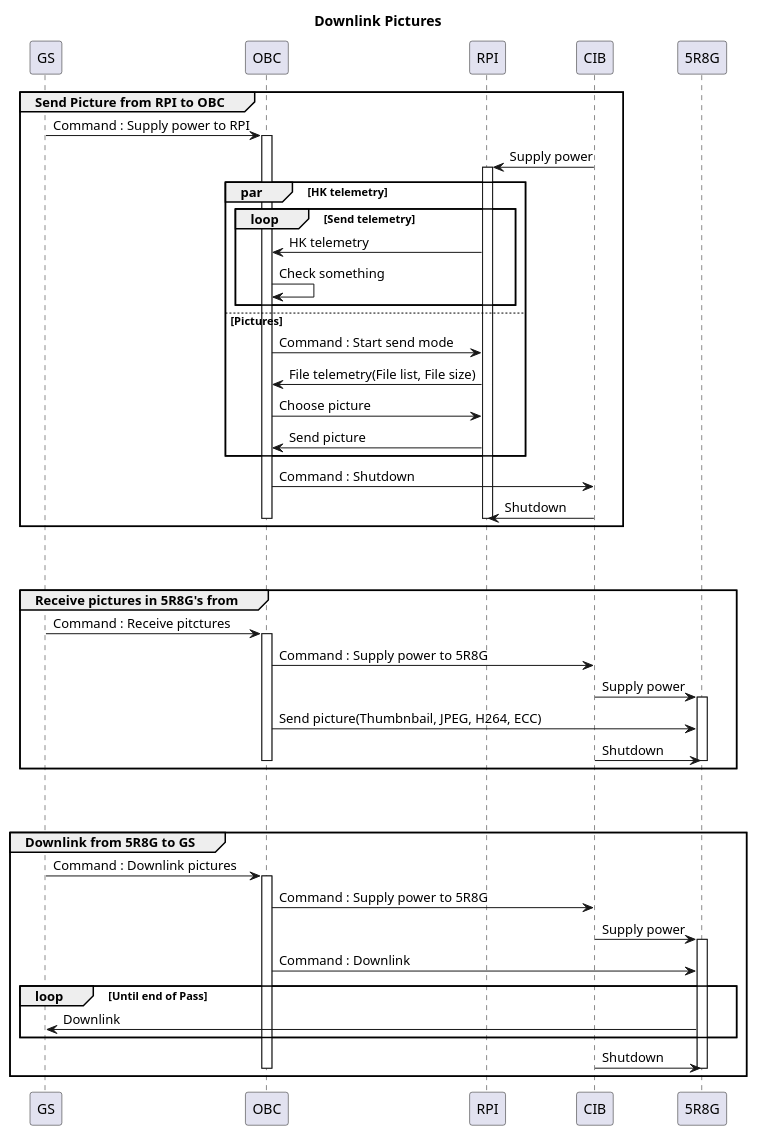
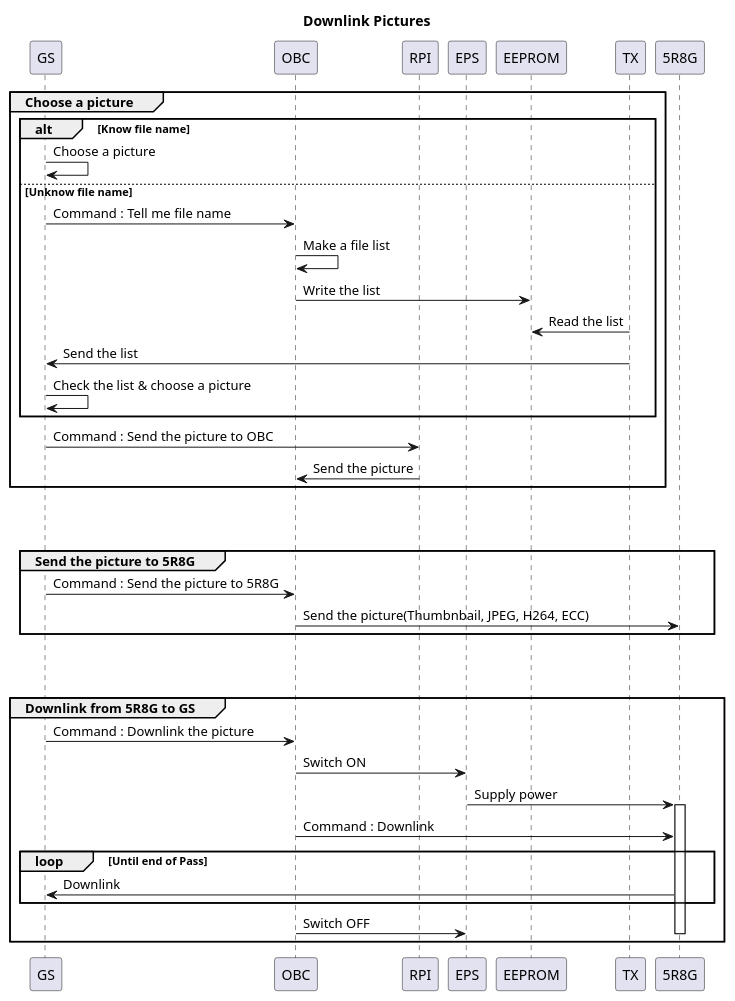
Before and after one commit to OrigamiSat1Project/Operation_UML: the diagram in sequence_map/downlink/downlink.pu, drawn with PlantUML. The commit also changed 2 other files, not shown here.

Commit message:
Bugfix : Choose a picture

```diff
--- a/sequence_map/downlink/downlink.pu
+++ b/sequence_map/downlink/downlink.pu
@@ -1,57 +1,42 @@
 @startuml
 title Downlink Pictures
 participant GS
 participant OBC
 participant RPI
-participant CIB
+participant EPS
+participant EEPROM
 
-group Send Picture from RPI to OBC
-    GS -> OBC : Command : Supply power to RPI
-    activate OBC
-    CIB -> RPI : Supply power
-    activate RPI
-    par HK telemetry
-        loop Send telemetry
-            RPI -> OBC : HK telemetry
-            ' FIXME
-            OBC -> OBC : Check something
-        end
-    else Pictures
-        OBC -> RPI : Command : Start send mode
-        RPI -> OBC : File telemetry(File list, File size)
-        OBC -> RPI : Choose picture
-        RPI -> OBC : Send picture
+group Choose a picture
+    alt Know file name
+        GS -> GS : Choose a picture
+    else Unknow file name
+        GS -> OBC : Command : Tell me file name
+        OBC -> OBC : Make a file list
+        OBC -> EEPROM : Write the list
+        TX -> EEPROM : Read the list
+        TX -> GS : Send the list
+        GS -> GS : Check the list & choose a picture
     end
-    OBC -> CIB : Command : Shutdown
-    CIB -> RPI : Shutdown
-    deactivate RPI
-    deactivate OBC
+
+    GS -> RPI : Command : Send the picture to OBC
+    RPI -> OBC : Send the picture
 end
 ||50||
-group Receive pictures in 5R8G's from
-    GS -> OBC : Command : Receive pitctures
-    activate OBC
-    OBC -> CIB : Command : Supply power to 5R8G
-    CIB -> 5R8G : Supply power
-    activate 5R8G
-    OBC -> 5R8G : Send picture(Thumbnbail, JPEG, H264, ECC)
-    CIB -> 5R8G : Shutdown
-    deactivate 5R8G
-    deactivate OBC
+group Send the picture to 5R8G
+    GS -> OBC : Command : Send the picture to 5R8G
+    OBC -> 5R8G : Send the picture(Thumbnbail, JPEG, H264, ECC)
 end
 ||50||
 group Downlink from 5R8G to GS
-    GS -> OBC : Command : Downlink pictures
-    activate OBC
-    OBC -> CIB : Command : Supply power to 5R8G
-    CIB -> 5R8G : Supply power
+    GS -> OBC : Command : Downlink the picture
+    OBC -> EPS : Switch ON
+    EPS -> 5R8G : Supply power
     activate 5R8G
     OBC -> 5R8G : Command : Downlink
     loop Until end of Pass
         5R8G -> GS : Downlink
     end
-    CIB -> 5R8G : Shutdown
+    OBC -> EPS : Switch OFF
     deactivate 5R8G
-    deactivate OBC
 end
 @enduml
```
